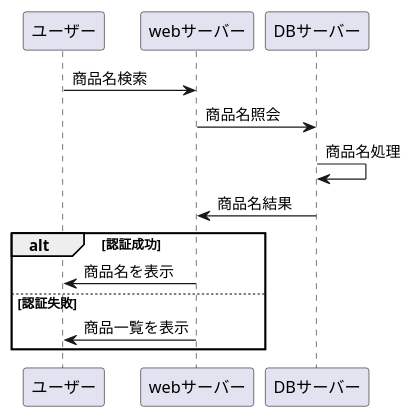
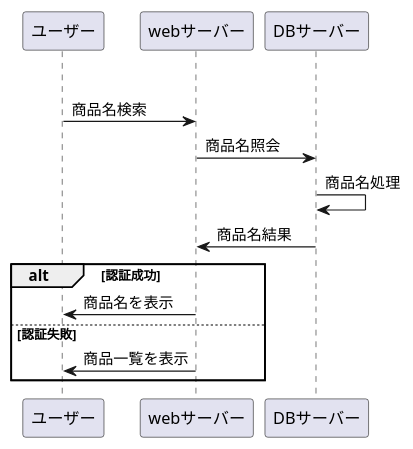
One commit to Aso2001403/2021sys-design changed the diagram in syouhinnkennsaku.md. Above: the diagram before and after it, drawn with PlantUML.

````diff
--- a/syouhinnkennsaku.md
+++ b/syouhinnkennsaku.md
@@ -1,18 +1,18 @@
 ```uml
 @startuml
-
+opt カテゴリ検索
 ユーザー -> webサーバー : 商品名検索
 webサーバー -> DBサーバー : 商品名照会
 DBサーバー -> DBサーバー : 商品名処理
 DBサーバー -> webサーバー : 商品名結果
 
 
 alt 認証成功
 webサーバー -> ユーザー : 商品名を表示
 else 認証失敗
 webサーバー -> ユーザー : 商品一覧を表示
 end
 
 
 @enduml
 ```
````
